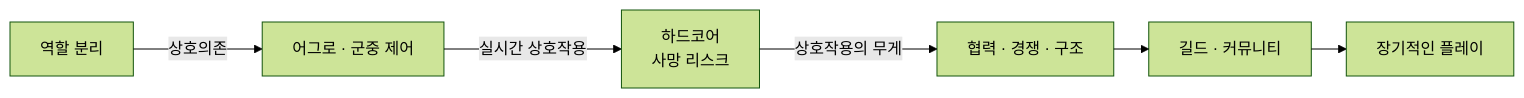
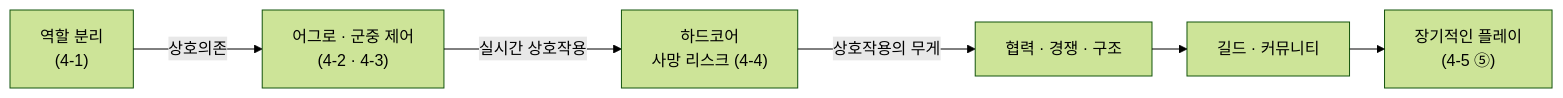
Before and after one commit to pinkshield/portfolio: the third of 8 diagrams in src/5-wow-hardcore-analysis/기술문서.md, drawn with Mermaid (forest theme). The commit also changed other lines of this file and 12 other files, not shown here.

````diff
--- a/src/5-wow-hardcore-analysis/기술문서.md
+++ b/src/5-wow-hardcore-analysis/기술문서.md
@@ -141,9 +175,9 @@
 ```mermaid
 %%{init: {"layout": "elk"}}%%
 flowchart LR
-    R["역할 분리"] -->|"상호의존"| T["어그로 · 군중 제어"]
-    T -->|"실시간 상호작용"| H["하드코어<br/>사망 리스크"]
+    R["역할 분리<br/>(4-1)"] -->|"상호의존"| T["어그로 · 군중 제어<br/>(4-2 · 4-3)"]
+    T -->|"실시간 상호작용"| H["하드코어<br/>사망 리스크 (4-4)"]
     H -->|"상호작용의 무게"| C["협력 · 경쟁 · 구조"]
     C --> G["길드 · 커뮤니티"]
-    G --> L["장기적인 플레이"]
+    G --> L["장기적인 플레이<br/>(4-5 ⑤)"]
 ```
````
